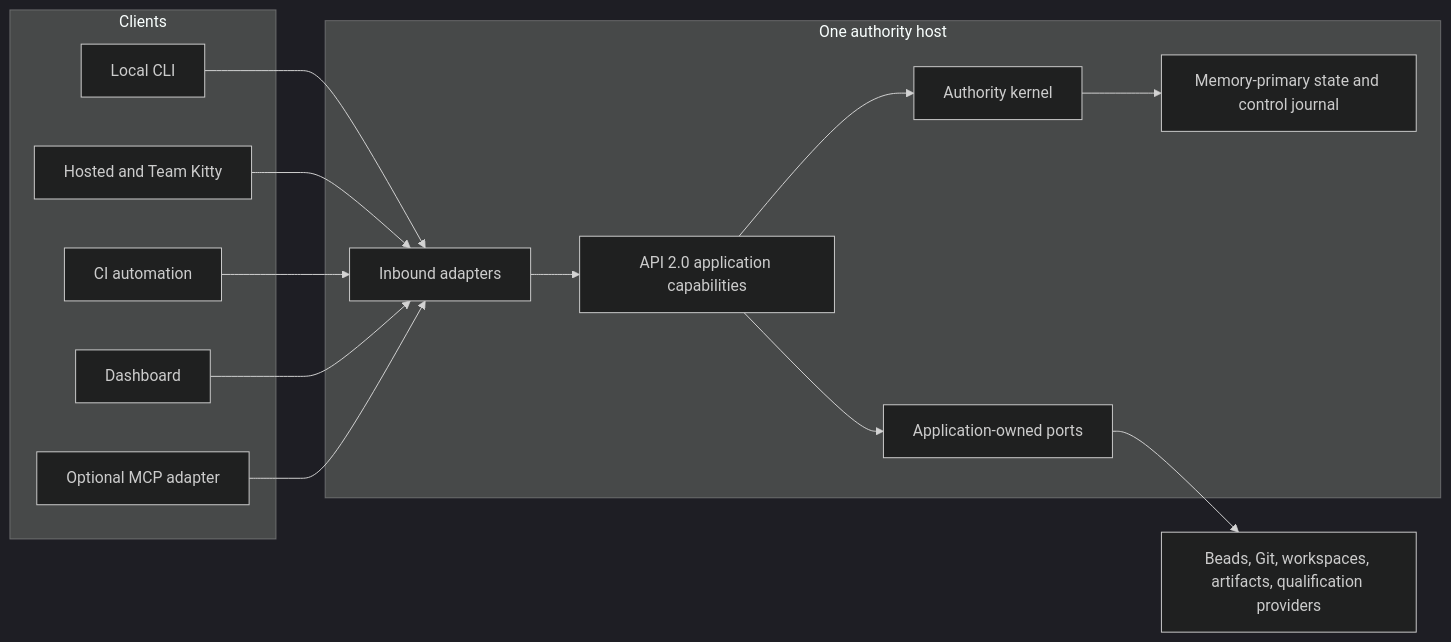
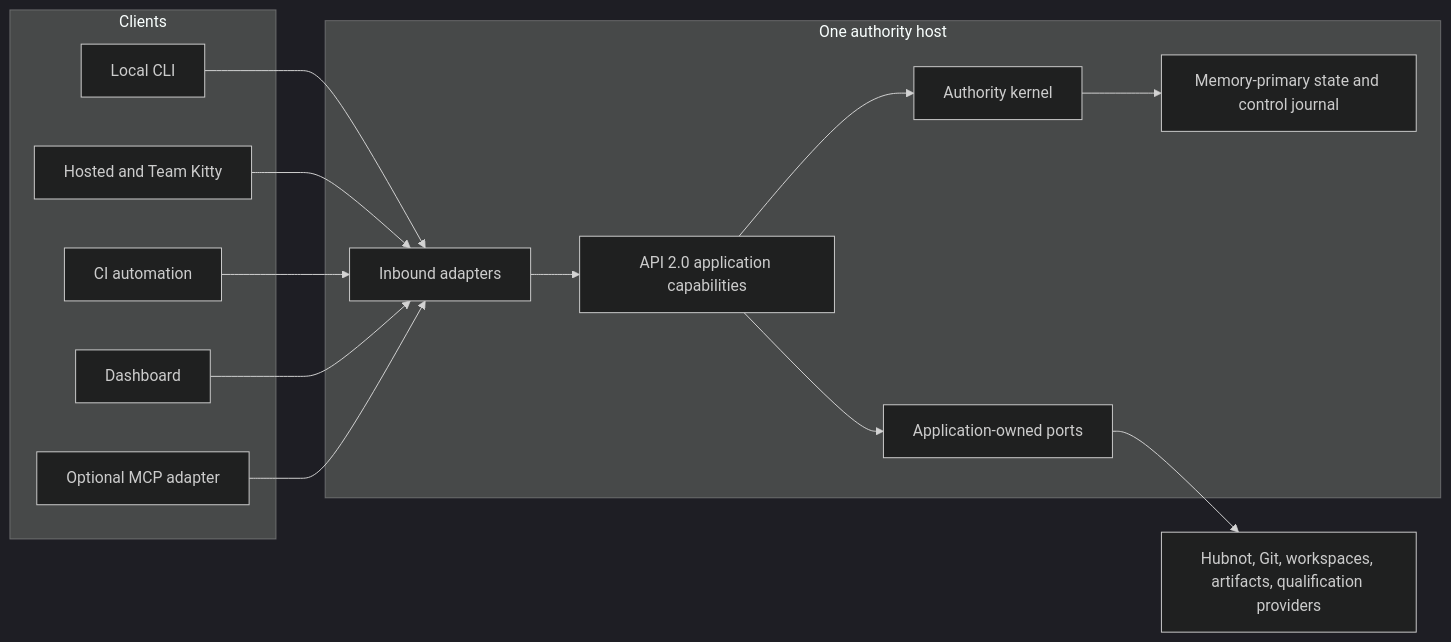
The first of 2 diagrams in docs/ORCHESTRATOR_API_2_0.md (Ivan-Melck/spec-kitty-go), drawn with Mermaid (dark theme) before and after one commit. The commit also changed other lines of this file and 67 other files, not shown here.

Commit message:
Replace active Beads delivery and qualification with Hubnot

````diff
--- a/docs/ORCHESTRATOR_API_2_0.md
+++ b/docs/ORCHESTRATOR_API_2_0.md
@@ -55,31 +55,31 @@
 ```mermaid
 flowchart LR
     subgraph Clients
         CLI[Local CLI]
         Hosted[Hosted and Team Kitty]
         CI[CI automation]
         Dash[Dashboard]
         MCP[Optional MCP adapter]
     end
 
     subgraph AuthorityHost[One authority host]
         Inbound[Inbound adapters]
         App[API 2.0 application capabilities]
         Kernel[Authority kernel]
         Ports[Application-owned ports]
         Journal[Memory-primary state and control journal]
     end
 
-    External[Beads, Git, workspaces, artifacts, qualification providers]
+    External[Hubnot, Git, workspaces, artifacts, qualification providers]
 
     CLI --> Inbound
     Hosted --> Inbound
     CI --> Inbound
     Dash --> Inbound
     MCP --> Inbound
     Inbound --> App
     App --> Kernel
     App --> Ports
     Kernel --> Journal
     Ports --> External
 ```
````
